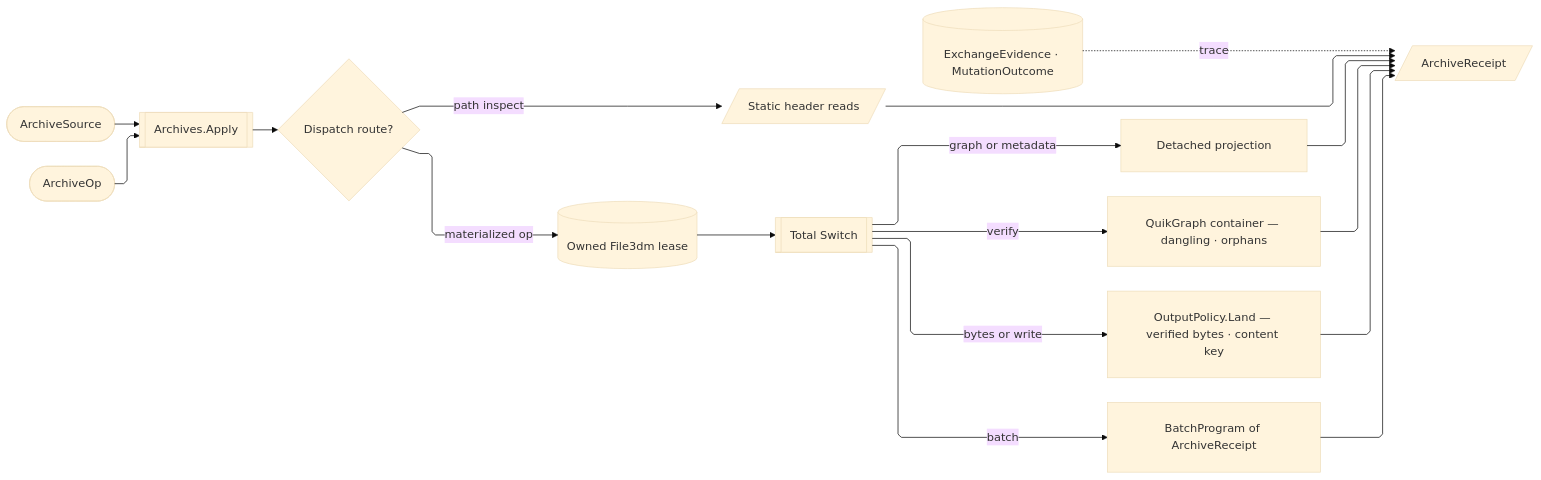
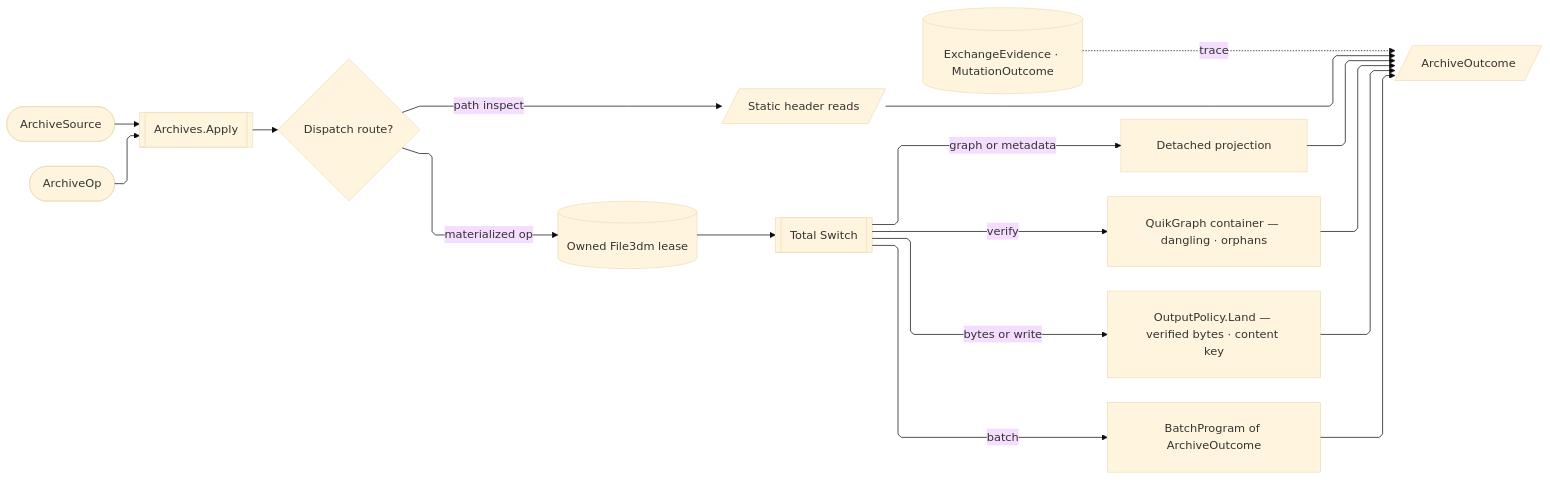
One commit to bsamiee/Rasm changed the diagram in libs/dotnet/Rasm.Rhino/.planning/Exchange/archive.md. Above: the diagram before and after it, drawn with Mermaid (base theme). The commit also changed other lines of this file and 1417 other files, not shown here.

````diff
--- a/libs/dotnet/Rasm.Rhino/.planning/Exchange/archive.md
+++ b/libs/dotnet/Rasm.Rhino/.planning/Exchange/archive.md
@@ -1174,28 +1174,28 @@
 ```mermaid
 ---
 config:
   layout: elk
   flowchart:
     curve: linear
     padding: 25
 ---
 flowchart LR
     accTitle: Standalone Rhino archive transaction rail
-    accDescr: Archive source and request enter one route discriminator, static inspection bypasses materialization, every materialized arm folds detached values or a shared batch program into one receipt, and typed evidence traces the terminal.
+    accDescr: Archive source and request enter one route discriminator, static inspection bypasses materialization, every materialized arm folds detached values or a shared batch program into one outcome, and typed evidence traces the terminal.
     Source([ArchiveSource]) --> Entry[[Archives.Apply]]
     Request([ArchiveOp]) --> Entry
     Entry --> Route{Dispatch route?}
     Route -->|path inspect| Header[/Static header reads/]
     Route -->|materialized op| Lease[(Owned File3dm lease)]
     Lease --> Dispatch[[Total Switch]]
     Dispatch -->|graph or metadata| Projection[Detached projection]
     Dispatch -->|verify| Integrity[QuikGraph container — dangling · orphans]
     Dispatch -->|bytes or write| Keyed[OutputPolicy.Land — verified bytes · content key]
-    Dispatch -->|batch| Program[BatchProgram of ArchiveReceipt]
-    Header --> Receipt
-    Projection --> Receipt[/ArchiveReceipt/]
-    Integrity --> Receipt
-    Keyed --> Receipt
-    Program --> Receipt
-    Evidence[(ExchangeEvidence · MutationOutcome)] -.->|trace| Receipt
+    Dispatch -->|batch| Program[BatchProgram of ArchiveOutcome]
+    Header --> Outcome
+    Projection --> Outcome[/ArchiveOutcome/]
+    Integrity --> Outcome
+    Keyed --> Outcome
+    Program --> Outcome
+    Evidence[(ExchangeEvidence · MutationOutcome)] -.->|trace| Outcome
 ```
````
